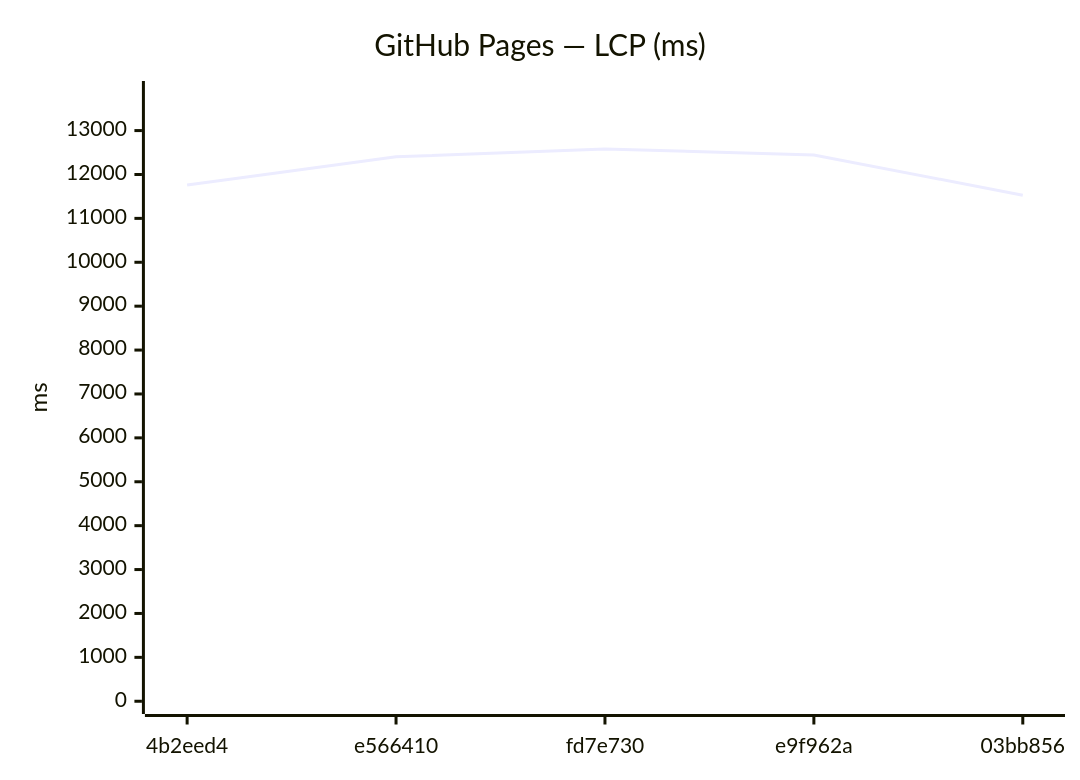
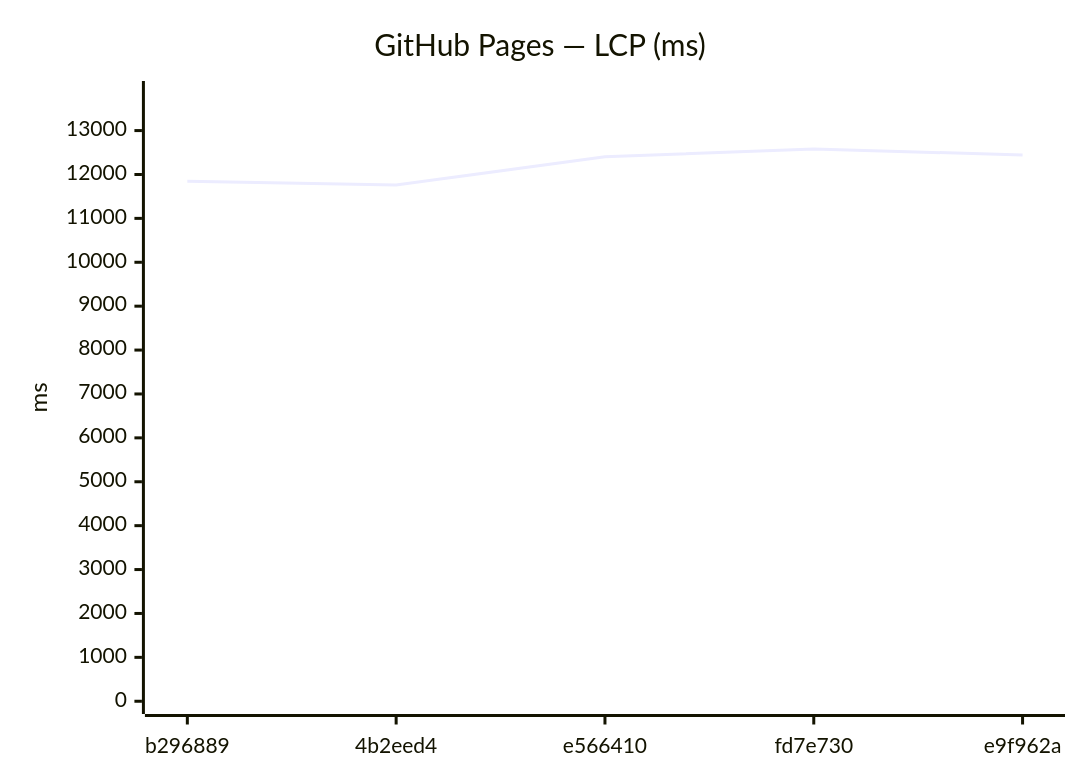
Before and after one commit to Metaheurist/Rianell: the ninth of 18 diagrams in benchmarks/compare.md, drawn with Mermaid. The commit also changed other lines of this file and 11 other files, not shown here.

````diff
--- a/benchmarks/compare.md
+++ b/benchmarks/compare.md
@@ -142,7 +142,7 @@
 ```mermaid
 xychart-beta
     title "GitHub Pages — LCP (ms)"
-    x-axis ["4b2eed4", "e566410", "fd7e730", "e9f962a", "03bb856"]
+    x-axis ["b296889", "4b2eed4", "e566410", "fd7e730", "e9f962a"]
     y-axis "ms" 0 --> 13839
-    line [11759, 12402, 12580, 12444, 11529]
+    line [11847, 11759, 12402, 12580, 12444]
 ```
````
